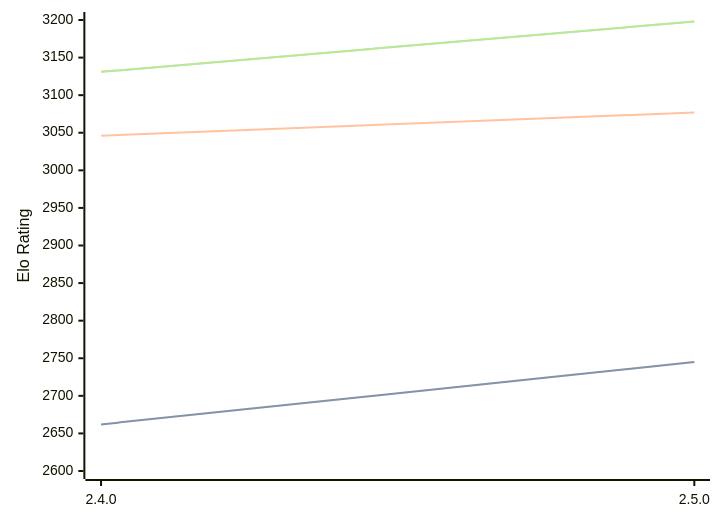
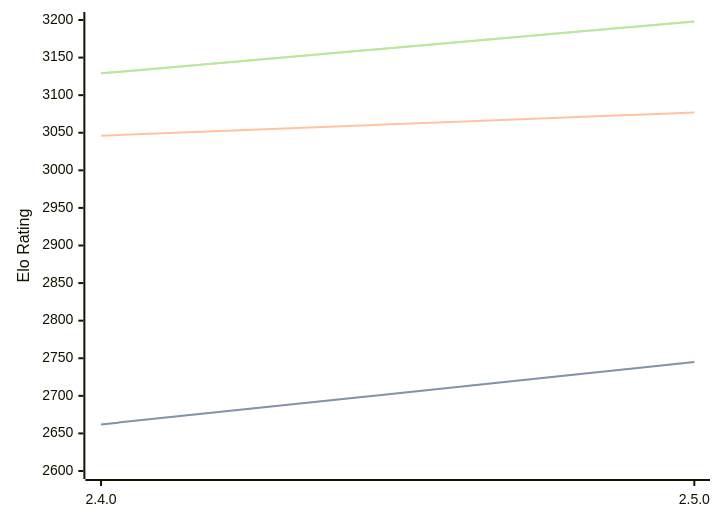
The diagram in engines/Sturddle2.md (computer-chess-index/cci), drawn with Mermaid before and after one commit. The commit also changed other lines of this file, not shown here.

Commit message:
Update CCI Ratings (ELO VLTC) - 2026-03-15

````diff
--- a/engines/Sturddle2.md
+++ b/engines/Sturddle2.md
@@ -35,11 +35,11 @@
 ```mermaid
 %%{init: {"theme":"base","themeVariables":{"seriesColors:['#a3a3a3','#222221','#faa371']}}}%%
 xychart-beta
   x-axis ["2.4.0", "2.5.0"]
   y-axis "Elo Rating" 2600 --> 3200
   line "STC (8.0+0.08s)" [2662, 2745]
   line "STC (8.0+0.08s)" [2662, 2745]
   line "LTC (60.0+0.60s)" [3046, 3077]
-  line "VLTC (2m24s+1.12s)" [3131, 3198]
-  line "VLTC (2m24s+1.12s)" [3131, 3198]
+  line "VLTC (2m24s+1.12s)" [3129, 3198]
+  line "VLTC (2m24s+1.12s)" [3129, 3198]
 ```
````
